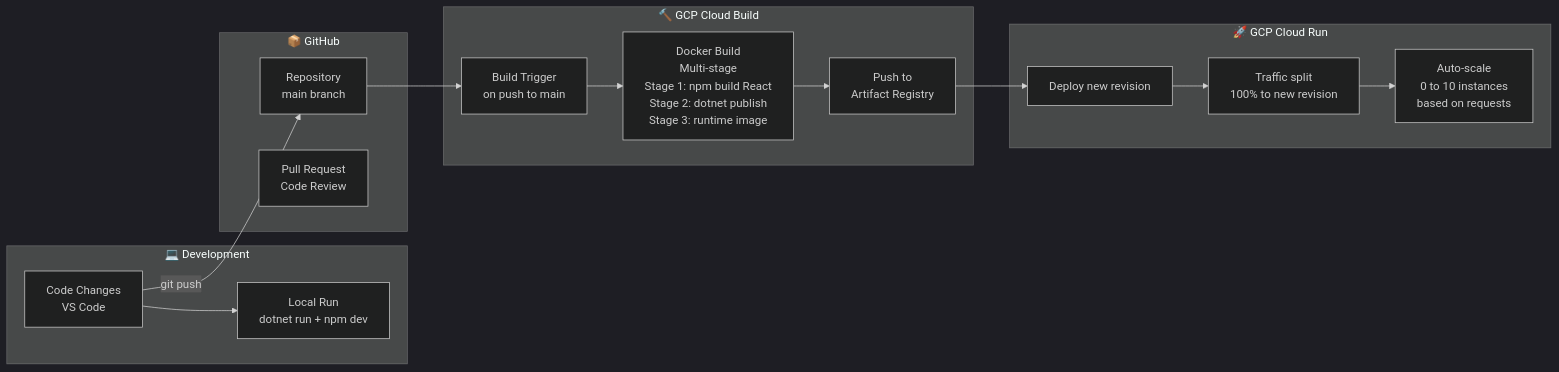
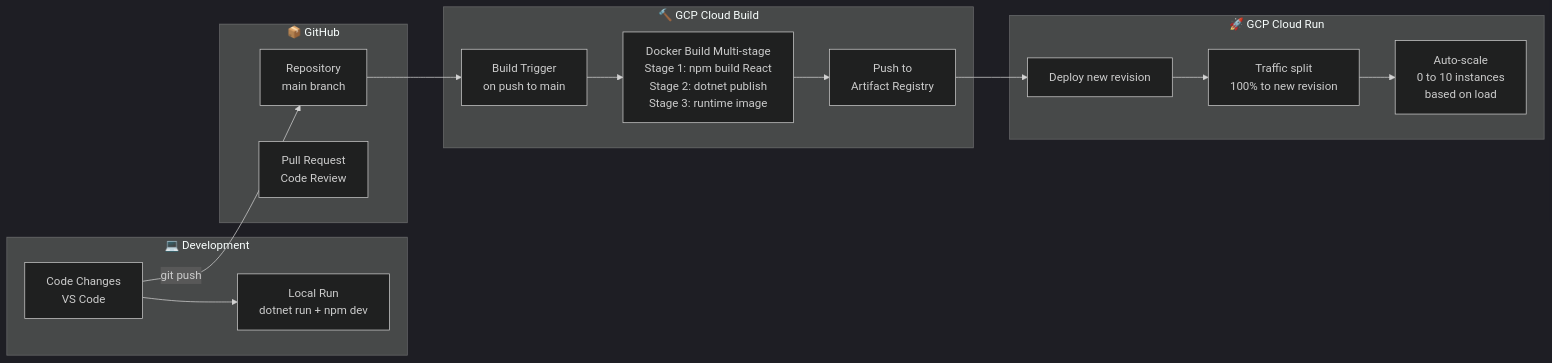
Before and after one commit to SahilShaikhStewart/StewartAI: the tenth of 10 diagrams in ARCHITECTURE_DESIGN.md, drawn with Mermaid (dark theme). The commit also changed other lines of this file, not shown here.

Commit message:
Fix Mermaid diagram parse errors

````diff
--- a/ARCHITECTURE_DESIGN.md
+++ b/ARCHITECTURE_DESIGN.md
@@ -399,33 +399,33 @@
 ```mermaid
 flowchart LR
     subgraph Dev["💻 Development"]
         CODE[Code Changes\nVS Code]
         LOCAL[Local Run\ndotnet run + npm dev]
     end
 
     subgraph GitHub["📦 GitHub"]
         REPO[Repository\nmain branch]
         PR[Pull Request\nCode Review]
     end
 
     subgraph GCP_Build["🔨 GCP Cloud Build"]
         TRIGGER[Build Trigger\non push to main]
-        DOCKER[Docker Build\nMulti-stage\nStage 1: npm build React\nStage 2: dotnet publish\nStage 3: runtime image]
+        DOCKER[Docker Build Multi-stage\nStage 1: npm build React\nStage 2: dotnet publish\nStage 3: runtime image]
         PUSH[Push to\nArtifact Registry]
     end
 
     subgraph GCP_Run["🚀 GCP Cloud Run"]
         DEPLOY[Deploy new revision]
         TRAFFIC[Traffic split\n100% to new revision]
-        SCALE[Auto-scale\n0 to 10 instances\nbased on requests]
+        SCALE[Auto-scale\n0 to 10 instances\nbased on load]
     end
 
     CODE --> LOCAL
     CODE -->|git push| REPO
     REPO --> TRIGGER
     TRIGGER --> DOCKER
     DOCKER --> PUSH
     PUSH --> DEPLOY
     DEPLOY --> TRAFFIC
     TRAFFIC --> SCALE
 ```
````
